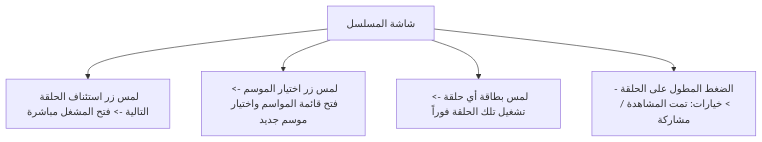
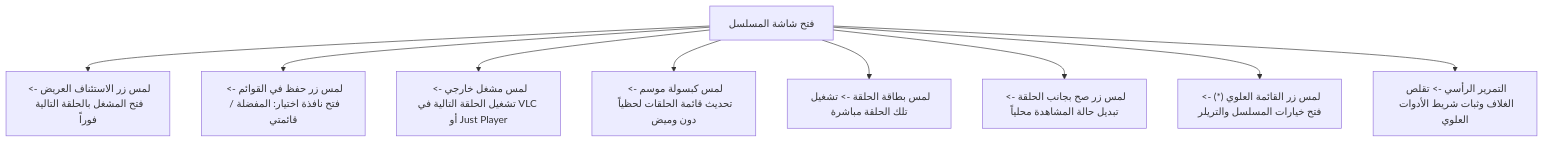
The diagram in docs/current/screens/media_details/03_series_details_screen.md (0s-a/mdd-tv), drawn with Mermaid before and after one commit. The commit also changed other lines of this file and 2 other files, not shown here.

Commit message:
feat(library): support forceRefresh in library usecase and update series screen spec

````diff
--- a/docs/current/screens/media_details/03_series_details_screen.md
+++ b/docs/current/screens/media_details/03_series_details_screen.md
@@ -77,7 +109,11 @@
 ```mermaid
 flowchart TD
-    SeriesScreen["شاشة المسلسل"] --> TapResume["لمس زر استئناف الحلقة التالية -> فتح المشغل مباشرة"]
-    SeriesScreen --> ChangeSeason["لمس زر اختيار الموسم -> فتح قائمة المواسم واختيار موسم جديد"]
-    SeriesScreen --> TapEpisodeCard["لمس بطاقة أي حلقة -> تشغيل تلك الحلقة فوراً"]
-    SeriesScreen --> LongPressEpisode["الضغط المطول على الحلقة -> خيارات: تمت المشاهدة / مشاركة"]
+    OpenScreen["فتح شاشة المسلسل"] --> TapResume["لمس زر الاستئناف العريض -> فتح المشغل بالحلقة التالية فوراً"]
+    OpenScreen --> TapSave["لمس زر حفظ في القوائم -> فتح نافذة اختيار: المفضلة / قائمتي"]
+    OpenScreen --> TapExternal["لمس مشغل خارجي -> تشغيل الحلقة التالية في VLC أو Just Player"]
+    OpenScreen --> ChangeSeason["لمس كبسولة موسم -> تحديث قائمة الحلقات لحظياً دون وميض"]
+    OpenScreen --> TapEpisode["لمس بطاقة الحلقة -> تشغيل تلك الحلقة مباشرة"]
+    OpenScreen --> ToggleEpWatched["لمس زر صح بجانب الحلقة -> تبديل حالة المشاهدة محلياً"]
+    OpenScreen --> TapTopMenu["لمس زر القائمة العلوي (*) -> فتح خيارات المسلسل والتريلر"]
+    OpenScreen --> ScrollDown["التمرير الرأسي -> تقلص الغلاف وثبات شريط الأدوات العلوي"]
 ```
````
